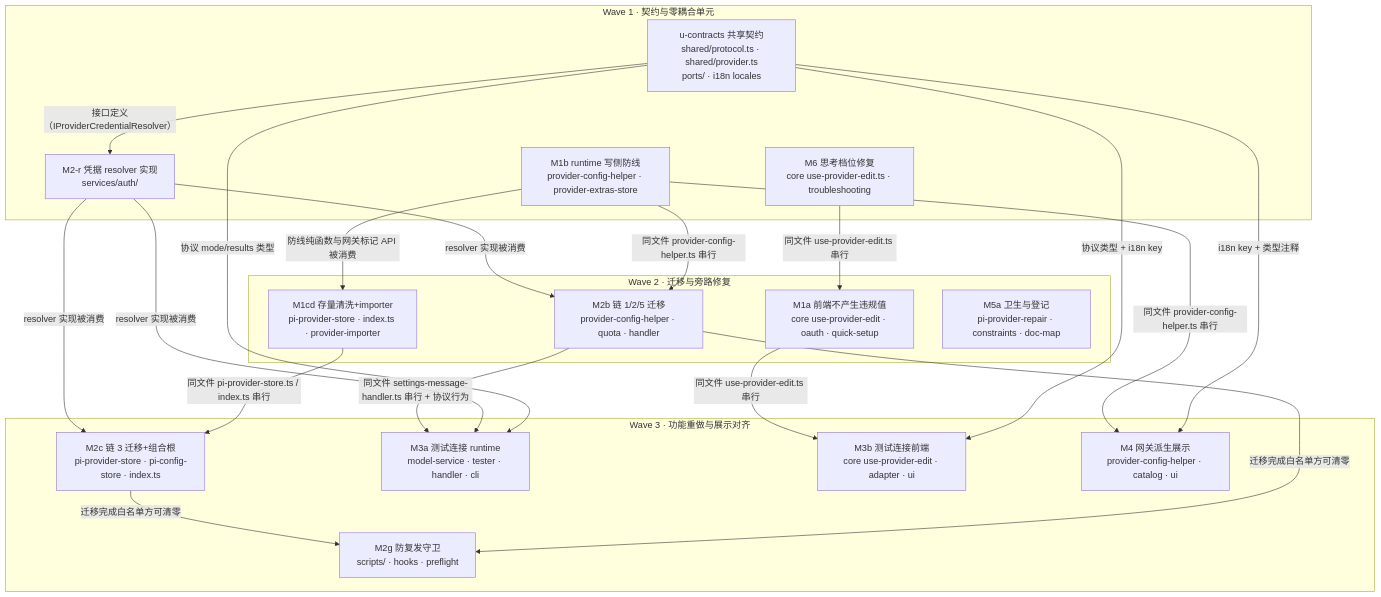
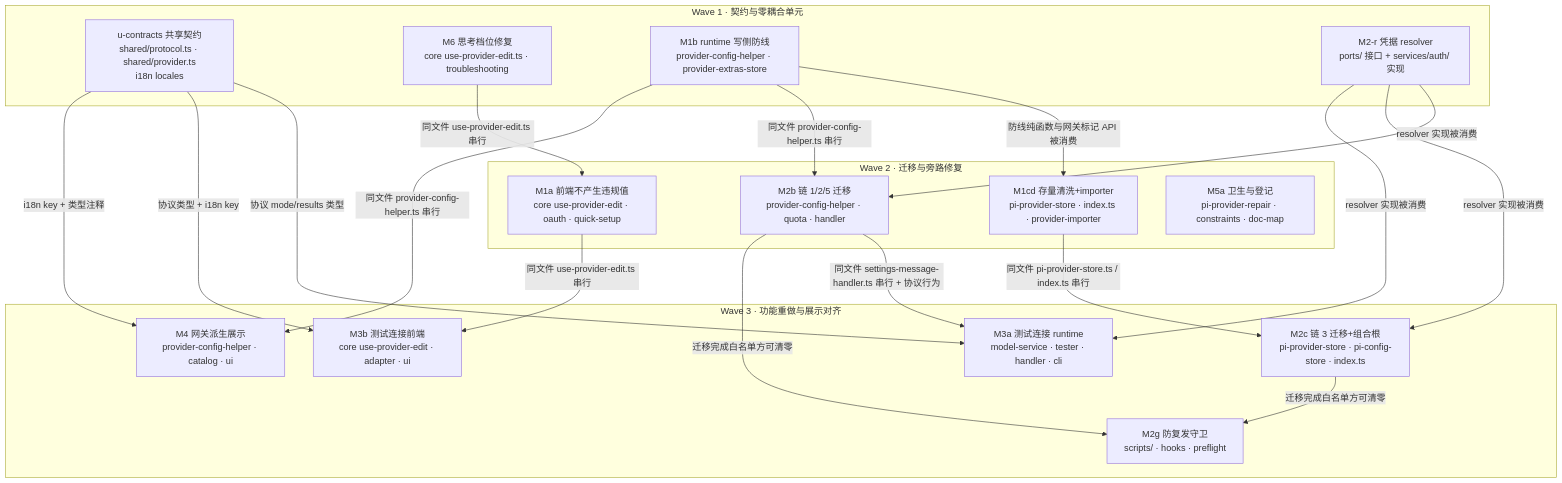
The diagram in docs/design/catalog-provider-field-authority.impl-plan.md (zhushanwen321/xyz-agent), drawn with Mermaid before and after one commit. The commit also changed other lines of this file, not shown here.

Commit message:
docs(impl-plan): move resolver port interface into M2-r territory (wave-1 compile independence)

````diff
--- a/docs/design/catalog-provider-field-authority.impl-plan.md
+++ b/docs/design/catalog-provider-field-authority.impl-plan.md
@@ -64,38 +64,37 @@
 ```mermaid
 graph TD
   subgraph W1[Wave 1 · 契约与零耦合单元]
-    U0["u-contracts 共享契约<br/>shared/protocol.ts · shared/provider.ts<br/>ports/ · i18n locales"]
+    U0["u-contracts 共享契约<br/>shared/protocol.ts · shared/provider.ts<br/>i18n locales"]
     U6["M6 思考档位修复<br/>core use-provider-edit.ts · troubleshooting"]
     U1B["M1b runtime 写侧防线<br/>provider-config-helper · provider-extras-store"]
-    U2R["M2-r 凭据 resolver 实现<br/>services/auth/"]
+    U2R["M2-r 凭据 resolver<br/>ports/ 接口 + services/auth/ 实现"]
   end
   subgraph W2[Wave 2 · 迁移与旁路修复]
     U1A["M1a 前端不产生违规值<br/>core use-provider-edit · oauth · quick-setup"]
     U1CD["M1cd 存量清洗+importer<br/>pi-provider-store · index.ts · provider-importer"]
     U2B["M2b 链 1/2/5 迁移<br/>provider-config-helper · quota · handler"]
     U5A["M5a 卫生与登记<br/>pi-provider-repair · constraints · doc-map"]
   end
   subgraph W3[Wave 3 · 功能重做与展示对齐]
     U2C["M2c 链 3 迁移+组合根<br/>pi-provider-store · pi-config-store · index.ts"]
     U2G["M2g 防复发守卫<br/>scripts/ · hooks · preflight"]
     U3A["M3a 测试连接 runtime<br/>model-service · tester · handler · cli"]
     U3B["M3b 测试连接前端<br/>core use-provider-edit · adapter · ui"]
     U4["M4 网关派生展示<br/>provider-config-helper · catalog · ui"]
   end
-  U0 -->|"接口定义（IProviderCredentialResolver）"| U2R
   U0 -->|"协议 mode/results 类型"| U3A
   U0 -->|"协议类型 + i18n key"| U3B
   U0 -->|"i18n key + 类型注释"| U4
   U6 -->|"同文件 use-provider-edit.ts 串行"| U1A
   U1B -->|"防线纯函数与网关标记 API 被消费"| U1CD
   U1B -->|"同文件 provider-config-helper.ts 串行"| U2B
   U1B -->|"同文件 provider-config-helper.ts 串行"| U4
   U1CD -->|"同文件 pi-provider-store.ts / index.ts 串行"| U2C
   U2R -->|"resolver 实现被消费"| U2B
   U2R -->|"resolver 实现被消费"| U2C
   U2R -->|"resolver 实现被消费"| U3A
   U2B -->|"同文件 settings-message-handler.ts 串行 + 协议行为"| U3A
   U2B -->|"迁移完成白名单方可清零"| U2G
   U2C -->|"迁移完成白名单方可清零"| U2G
   U1A -->|"同文件 use-provider-edit.ts 串行"| U3B
 ```
````
